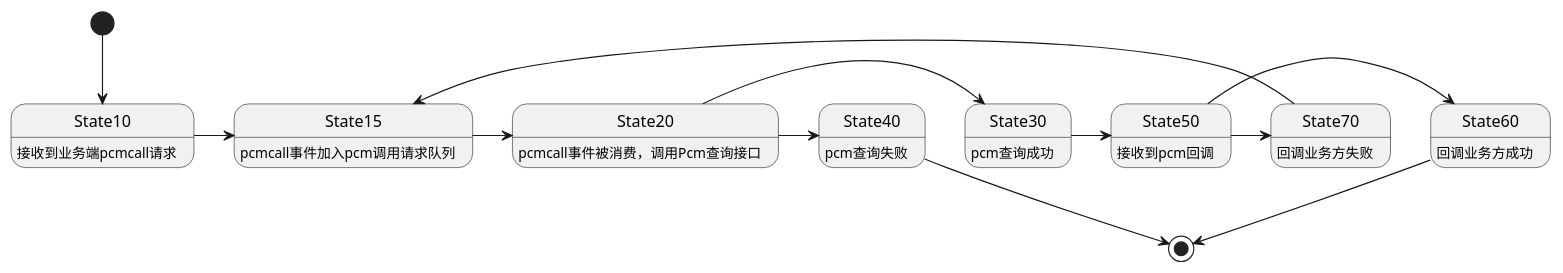
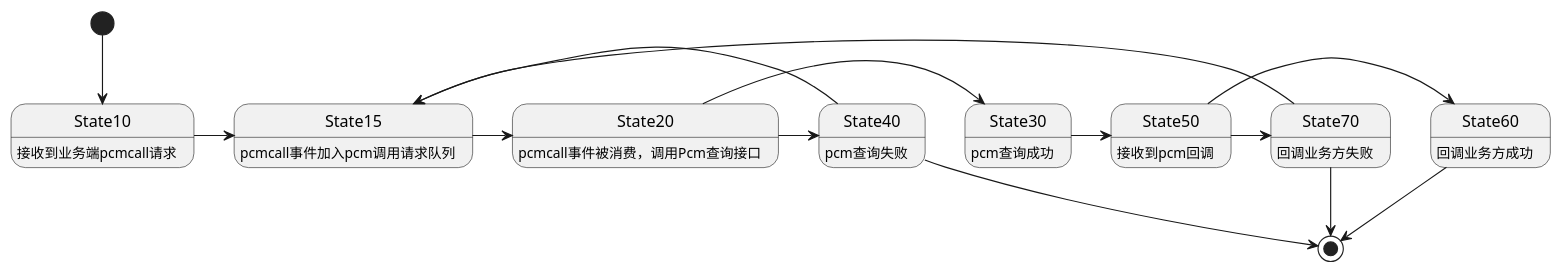
One commit to 0xff1234/xiaoshujiang changed the third of 4 diagrams in PcmDispatcher设计文档.md. Above: the diagram before and after it, drawn with PlantUML.

Commit message:
修改文件: PcmDispatcher设计文档.md

````diff
--- a/PcmDispatcher设计文档.md
+++ b/PcmDispatcher设计文档.md
@@ -111,32 +111,32 @@
 ``` plantuml!
 @startuml
 [*] --> State10
 State10 : 接收到业务端pcmcall请求
 State10 -> State15
 
 State15 :pcmcall事件加入pcm调用请求队列
 State15 -> State20
 
 State20 : pcmcall事件被消费，调用Pcm查询接口
 State20 -> State30
 State20 -> State40
 
+State40 : pcm查询失败
+State40 -> State15
+State40 --> [*]
+
 State30 : pcm查询成功
 State30 -> State50
 
 State50 : 接收到pcm回调
 State50 -> State60
 State50-> State70
 
 State60 : 回调业务方成功
 State60 --> [*]
 
 State70 : 回调业务方失败
 State70 -> State15
-
-
-State40 : pcm查询失败
-
-State40 --> [*]
+State70 --> [*]
 @enduml
 ```
````
